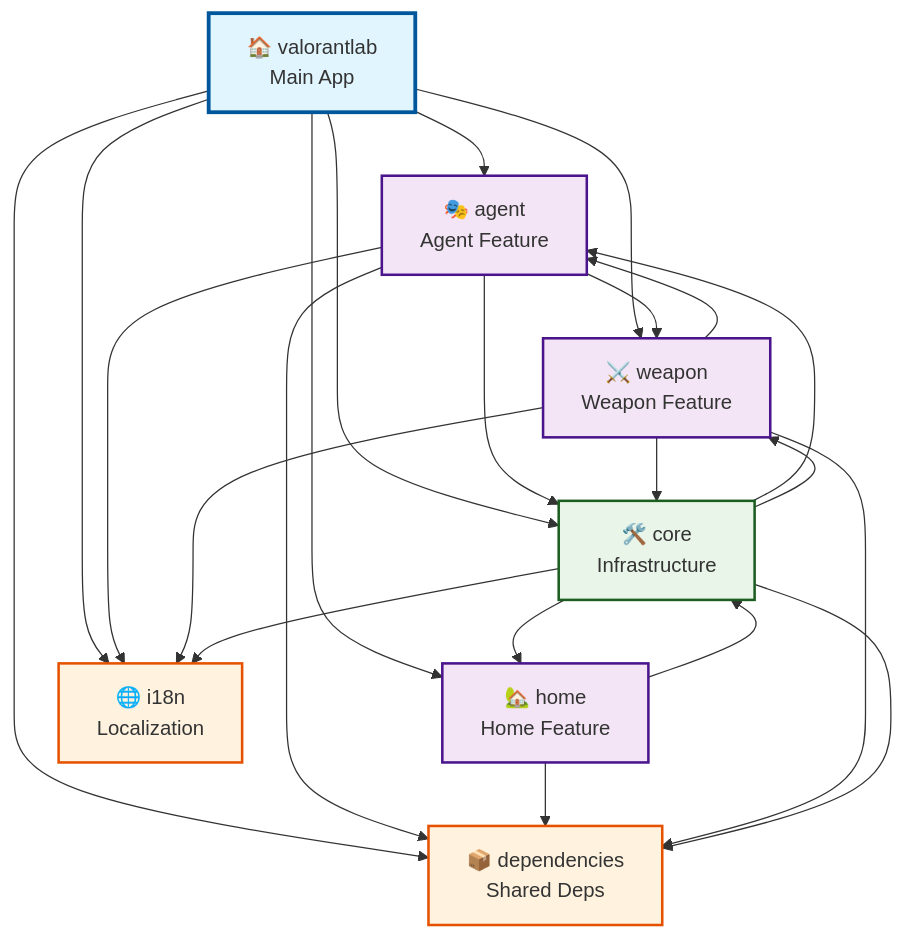
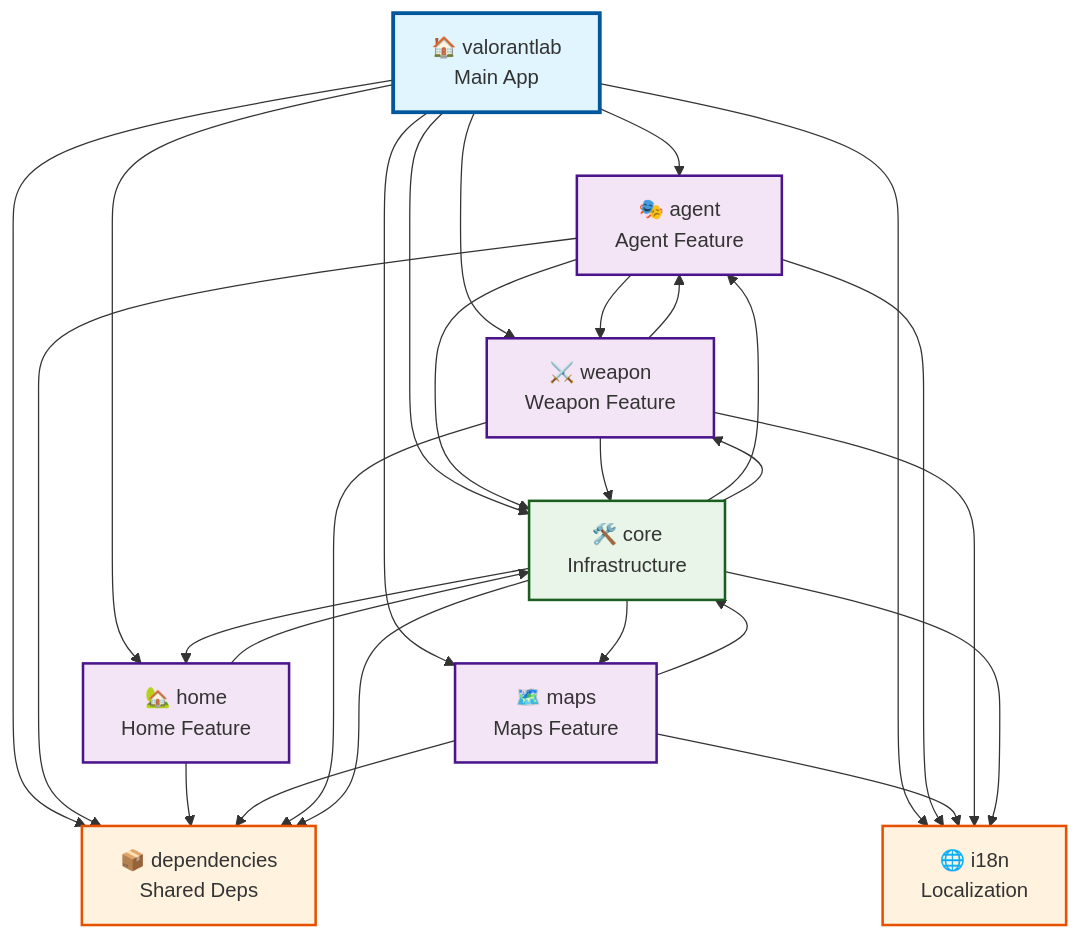
The diagram in README.md (rizaadi/valorantlab), drawn with Mermaid before and after one commit. The commit also changed other lines of this file and 65 other files, not shown here.

````diff
--- a/README.md
+++ b/README.md
@@ -228,49 +230,56 @@
 ```mermaid
 graph TD
     %% Package definitions
     valorantlab["🏠 valorantlab<br/>Main App"]
     agent["🎭 agent<br/>Agent Feature"]
     home["🏡 home<br/>Home Feature"]
+    maps["🗺️ maps<br/>Maps Feature"]
     weapon["⚔️ weapon<br/>Weapon Feature"]
     core["🛠️ core<br/>Infrastructure"]
     dependencies["📦 dependencies<br/>Shared Deps"]
     i18n["🌐 i18n<br/>Localization"]
 
     %% Dependencies
     valorantlab --> agent
     valorantlab --> home
+    valorantlab --> maps
     valorantlab --> weapon
     valorantlab --> core
     valorantlab --> dependencies
     valorantlab --> i18n
 
     agent --> weapon
     agent --> core
     agent --> dependencies
     agent --> i18n
 
     home --> core
     home --> dependencies
 
+    maps --> core
+    maps --> dependencies
+    maps --> i18n
+
     weapon --> agent
     weapon --> core
     weapon --> dependencies
     weapon --> i18n
 
     core --> agent
     core --> home
+    core --> maps
     core --> weapon
     core --> dependencies
     core --> i18n
 
     %% Styling
     classDef mainApp fill:#e1f5fe,stroke:#01579b,stroke-width:3px
     classDef feature fill:#f3e5f5,stroke:#4a148c,stroke-width:2px
     classDef infrastructure fill:#e8f5e8,stroke:#1b5e20,stroke-width:2px
     classDef shared fill:#fff3e0,stroke:#e65100,stroke-width:2px
 
     class valorantlab mainApp
-    class agent,home,weapon feature
+    class agent,home,maps,weapon feature
     class core infrastructure
     class dependencies,i18n shared
 ```
````
